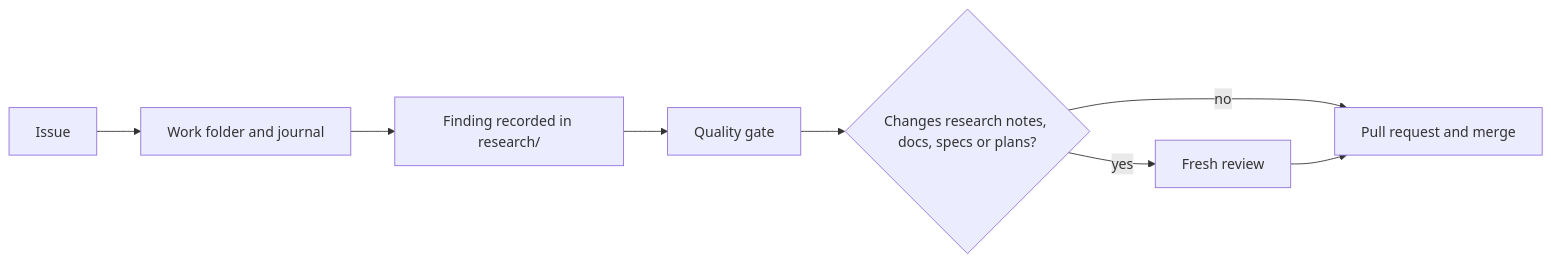
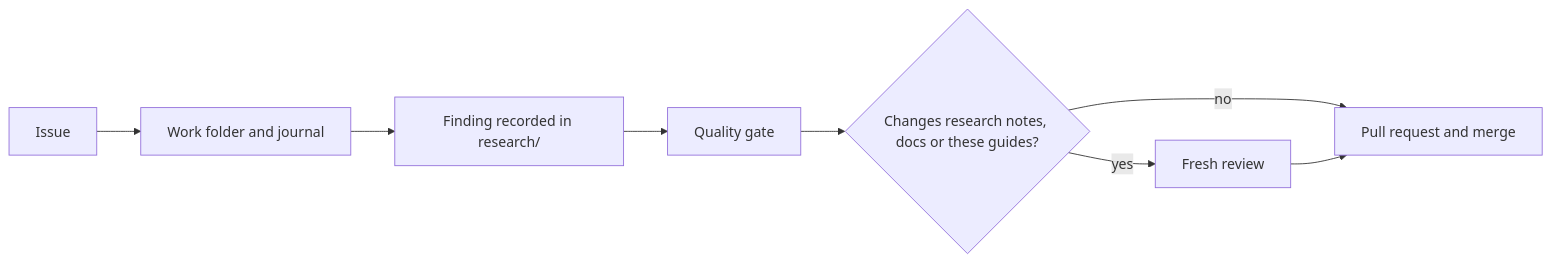
Before and after one commit to neilsh/stunt-reel: the diagram in site/guides/process.md, drawn with Mermaid. The commit also changed other lines of this file and 4 other files, not shown here.

````diff
--- a/site/guides/process.md
+++ b/site/guides/process.md
@@ -10,10 +10,10 @@
 ```mermaid
 flowchart LR
     A["Issue"] --> B["Work folder and journal"]
     B --> C["Finding recorded in research/"]
     C --> D["Quality gate"]
-    D --> E{"Changes research notes, docs, specs or plans?"}
+    D --> E{"Changes research notes, docs or these guides?"}
     E -->|"yes"| F["Fresh review"]
     E -->|"no"| G["Pull request and merge"]
     F --> G
 ```
````
